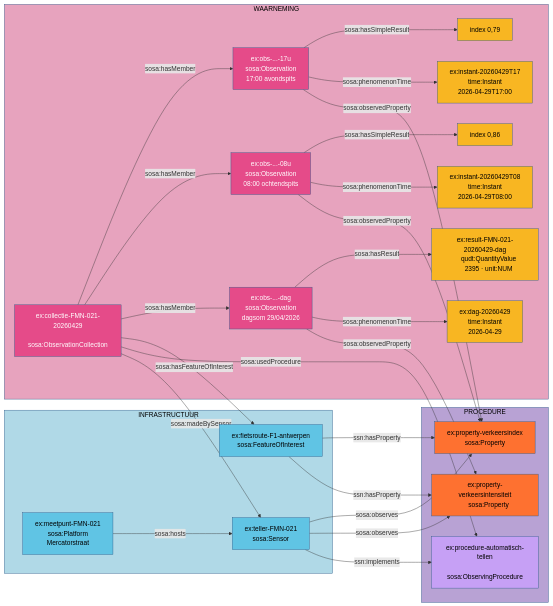
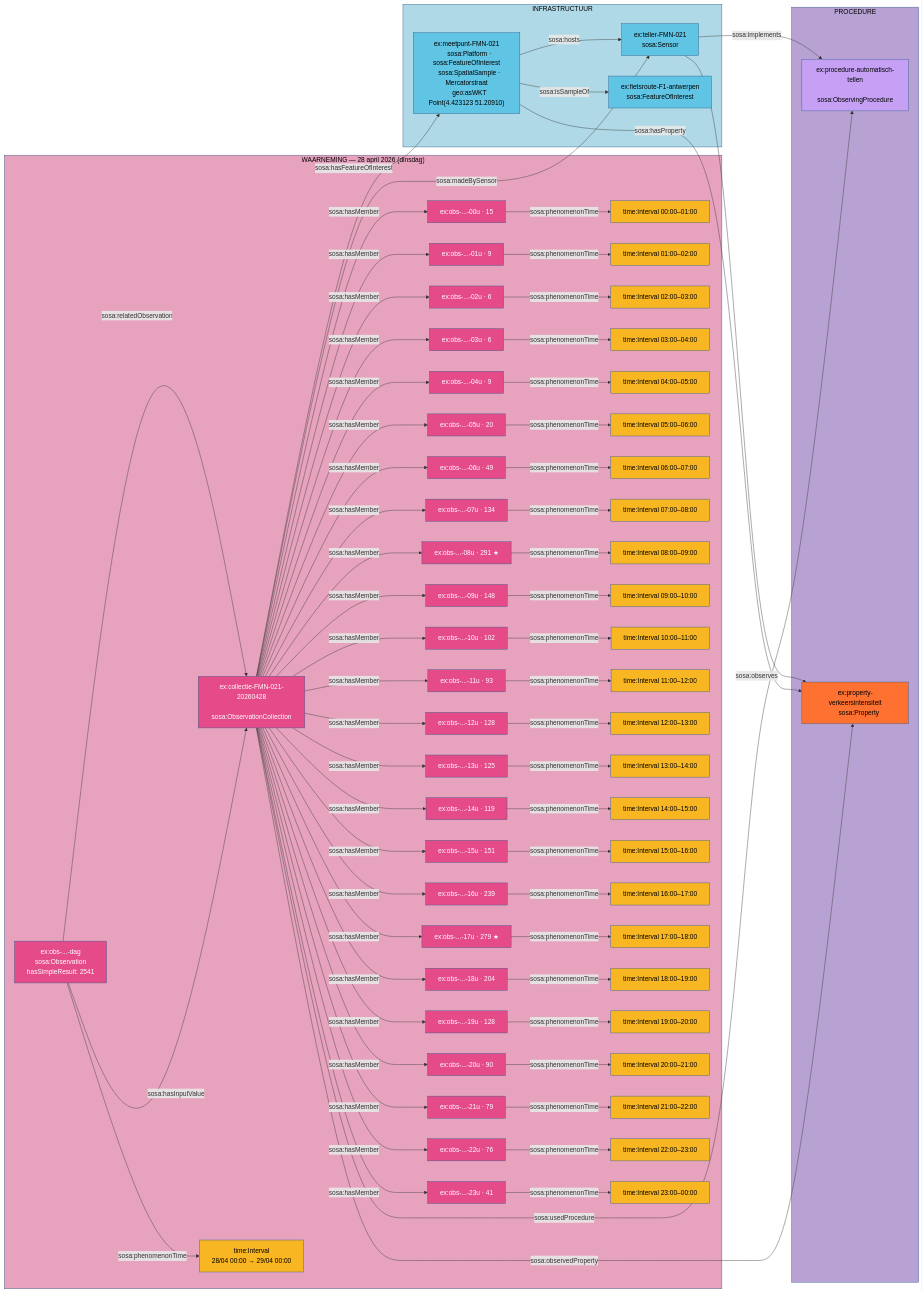
One commit to Informatievlaanderen/OSLOthema-SSNSOSA-VL changed the diagram in src/main/input/verkeersmetingen/verkeersmetingen.mmd. Above: the diagram before and after it, drawn with Mermaid. The commit also changed 3 other files, not shown here.

```diff
--- a/src/main/input/verkeersmetingen/verkeersmetingen.mmd
+++ b/src/main/input/verkeersmetingen/verkeersmetingen.mmd
@@ -5,100 +5,214 @@
     sosa:ObservingProcedure"]
     PA["ex:property-verkeersintensiteit
     sosa:Property"]
-    PB["ex:property-verkeersindex
-    sosa:Property"]
 end
 
 subgraph INFRA["INFRASTRUCTUUR"]
     I1["ex:meetpunt-FMN-021
-    sosa:Platform
-    Mercatorstraat"]
+    sosa:Platform · sosa:FeatureOfInterest
+    sosa:SpatialSample · Mercatorstraat
+    geo:asWKT Point(4.423123 51.20910)"]
     I2["ex:teller-FMN-021
     sosa:Sensor"]
     I3["ex:fietsroute-F1-antwerpen
     sosa:FeatureOfInterest"]
 end
 
-subgraph WAAR["WAARNEMING"]
-    W1["ex:collectie-FMN-021-20260429
+subgraph WAAR["WAARNEMING — 28 april 2026 (dinsdag)"]
+    W1["ex:collectie-FMN-021-20260428
     sosa:ObservationCollection"]
-    W2["ex:obs-...-dag
+
+    WD["ex:obs-...-dag
     sosa:Observation
-    dagsom 29/04/2026"]
-    W3["ex:obs-...-08u
-    sosa:Observation
-    08:00 ochtendspits"]
-    W4["ex:obs-...-17u
-    sosa:Observation
-    17:00 avondspits"]
-    T1["ex:dag-20260429
-    time:Instant
-    2026-04-29"]
-    T2["ex:instant-20260429T08
-    time:Instant
-    2026-04-29T08:00"]
-    T3["ex:instant-20260429T17
-    time:Instant
-    2026-04-29T17:00"]
-    R1["ex:result-FMN-021-20260429-dag
-    qudt:QuantityValue
-    2395 · unit:NUM"]
-    R2["index 0,86"]
-    R3["index 0,79"]
+    hasSimpleResult: 2541"]
+    TD["time:Interval
+    28/04 00:00 → 29/04 00:00"]
+
+    W00["ex:obs-...-00u · 15"]
+    T00["time:Interval 00:00–01:00"]
+    W01["ex:obs-...-01u · 9"]
+    T01["time:Interval 01:00–02:00"]
+    W02["ex:obs-...-02u · 6"]
+    T02["time:Interval 02:00–03:00"]
+    W03["ex:obs-...-03u · 6"]
+    T03["time:Interval 03:00–04:00"]
+    W04["ex:obs-...-04u · 9"]
+    T04["time:Interval 04:00–05:00"]
+    W05["ex:obs-...-05u · 20"]
+    T05["time:Interval 05:00–06:00"]
+    W06["ex:obs-...-06u · 49"]
+    T06["time:Interval 06:00–07:00"]
+    W07["ex:obs-...-07u · 134"]
+    T07["time:Interval 07:00–08:00"]
+    W08["ex:obs-...-08u · 291 ★"]
+    T08["time:Interval 08:00–09:00"]
+    W09["ex:obs-...-09u · 148"]
+    T09["time:Interval 09:00–10:00"]
+    W10["ex:obs-...-10u · 102"]
+    T10["time:Interval 10:00–11:00"]
+    W11["ex:obs-...-11u · 93"]
+    T11["time:Interval 11:00–12:00"]
+    W12["ex:obs-...-12u · 128"]
+    T12["time:Interval 12:00–13:00"]
+    W13["ex:obs-...-13u · 125"]
+    T13["time:Interval 13:00–14:00"]
+    W14["ex:obs-...-14u · 119"]
+    T14["time:Interval 14:00–15:00"]
+    W15["ex:obs-...-15u · 151"]
+    T15["time:Interval 15:00–16:00"]
+    W16["ex:obs-...-16u · 239"]
+    T16["time:Interval 16:00–17:00"]
+    W17["ex:obs-...-17u · 279 ★"]
+    T17["time:Interval 17:00–18:00"]
+    W18["ex:obs-...-18u · 204"]
+    T18["time:Interval 18:00–19:00"]
+    W19["ex:obs-...-19u · 128"]
+    T19["time:Interval 19:00–20:00"]
+    W20["ex:obs-...-20u · 90"]
+    T20["time:Interval 20:00–21:00"]
+    W21["ex:obs-...-21u · 79"]
+    T21["time:Interval 21:00–22:00"]
+    W22["ex:obs-...-22u · 76"]
+    T22["time:Interval 22:00–23:00"]
+    W23["ex:obs-...-23u · 41"]
+    T23["time:Interval 23:00–00:00"]
 end
 
 %% stijlen subgrafen
-style PROC fill:#b8a2d4,stroke:#2E5C8A,color:#000
+style PROC  fill:#b8a2d4,stroke:#2E5C8A,color:#000
 style INFRA fill:#b0d9e7,stroke:#2E5C8A,color:#000
-style WAAR fill:#e7a3be,stroke:#2E5C8A,color:#000
+style WAAR  fill:#e7a3be,stroke:#2E5C8A,color:#000
 
 %% stijlen nodes PROCEDURE
 style P1 fill:#c6a0f5,stroke:#2E5C8A,color:#000
 style PA fill:#fe7130,stroke:#2E5C8A,color:#000
-style PB fill:#fe7130,stroke:#2E5C8A,color:#000
 
 %% stijlen nodes INFRASTRUCTUUR
 style I1 fill:#60c4e4,stroke:#2E5C8A,color:#000
 style I2 fill:#60c4e4,stroke:#2E5C8A,color:#000
 style I3 fill:#60c4e4,stroke:#2E5C8A,color:#000
 
-%% stijlen nodes WAARNEMING
+%% stijlen nodes WAARNEMING — collectie en dagobservatie
 style W1 fill:#e54b89,stroke:#2E5C8A,color:#fff
-style W2 fill:#e54b89,stroke:#2E5C8A,color:#fff
-style W3 fill:#e54b89,stroke:#2E5C8A,color:#fff
-style W4 fill:#e54b89,stroke:#2E5C8A,color:#fff
-style T1 fill:#f8b622,stroke:#2E5C8A,color:#000
-style T2 fill:#f8b622,stroke:#2E5C8A,color:#000
-style T3 fill:#f8b622,stroke:#2E5C8A,color:#000
-style R1 fill:#f8b622,stroke:#2E5C8A,color:#000
-style R2 fill:#f8b622,stroke:#2E5C8A,color:#000
-style R3 fill:#f8b622,stroke:#2E5C8A,color:#000
+style WD fill:#e54b89,stroke:#2E5C8A,color:#fff
+style TD fill:#f8b622,stroke:#2E5C8A,color:#000
+
+%% stijlen nodes WAARNEMING — uurobservaties
+style W00 fill:#e54b89,stroke:#2E5C8A,color:#fff
+style W01 fill:#e54b89,stroke:#2E5C8A,color:#fff
+style W02 fill:#e54b89,stroke:#2E5C8A,color:#fff
+style W03 fill:#e54b89,stroke:#2E5C8A,color:#fff
+style W04 fill:#e54b89,stroke:#2E5C8A,color:#fff
+style W05 fill:#e54b89,stroke:#2E5C8A,color:#fff
+style W06 fill:#e54b89,stroke:#2E5C8A,color:#fff
+style W07 fill:#e54b89,stroke:#2E5C8A,color:#fff
+style W08 fill:#e54b89,stroke:#2E5C8A,color:#fff
+style W09 fill:#e54b89,stroke:#2E5C8A,color:#fff
+style W10 fill:#e54b89,stroke:#2E5C8A,color:#fff
+style W11 fill:#e54b89,stroke:#2E5C8A,color:#fff
+style W12 fill:#e54b89,stroke:#2E5C8A,color:#fff
+style W13 fill:#e54b89,stroke:#2E5C8A,color:#fff
+style W14 fill:#e54b89,stroke:#2E5C8A,color:#fff
+style W15 fill:#e54b89,stroke:#2E5C8A,color:#fff
+style W16 fill:#e54b89,stroke:#2E5C8A,color:#fff
+style W17 fill:#e54b89,stroke:#2E5C8A,color:#fff
+style W18 fill:#e54b89,stroke:#2E5C8A,color:#fff
+style W19 fill:#e54b89,stroke:#2E5C8A,color:#fff
+style W20 fill:#e54b89,stroke:#2E5C8A,color:#fff
+style W21 fill:#e54b89,stroke:#2E5C8A,color:#fff
+style W22 fill:#e54b89,stroke:#2E5C8A,color:#fff
+style W23 fill:#e54b89,stroke:#2E5C8A,color:#fff
+
+%% stijlen nodes WAARNEMING — tijdsintervallen
+style T00 fill:#f8b622,stroke:#2E5C8A,color:#000
+style T01 fill:#f8b622,stroke:#2E5C8A,color:#000
+style T02 fill:#f8b622,stroke:#2E5C8A,color:#000
+style T03 fill:#f8b622,stroke:#2E5C8A,color:#000
+style T04 fill:#f8b622,stroke:#2E5C8A,color:#000
+style T05 fill:#f8b622,stroke:#2E5C8A,color:#000
+style T06 fill:#f8b622,stroke:#2E5C8A,color:#000
+style T07 fill:#f8b622,stroke:#2E5C8A,color:#000
+style T08 fill:#f8b622,stroke:#2E5C8A,color:#000
+style T09 fill:#f8b622,stroke:#2E5C8A,color:#000
+style T10 fill:#f8b622,stroke:#2E5C8A,color:#000
+style T11 fill:#f8b622,stroke:#2E5C8A,color:#000
+style T12 fill:#f8b622,stroke:#2E5C8A,color:#000
+style T13 fill:#f8b622,stroke:#2E5C8A,color:#000
+style T14 fill:#f8b622,stroke:#2E5C8A,color:#000
+style T15 fill:#f8b622,stroke:#2E5C8A,color:#000
+style T16 fill:#f8b622,stroke:#2E5C8A,color:#000
+style T17 fill:#f8b622,stroke:#2E5C8A,color:#000
+style T18 fill:#f8b622,stroke:#2E5C8A,color:#000
+style T19 fill:#f8b622,stroke:#2E5C8A,color:#000
+style T20 fill:#f8b622,stroke:#2E5C8A,color:#000
+style T21 fill:#f8b622,stroke:#2E5C8A,color:#000
+style T22 fill:#f8b622,stroke:#2E5C8A,color:#000
+style T23 fill:#f8b622,stroke:#2E5C8A,color:#000
 
 %% relaties — infrastructuur
 I1 -->|sosa:hosts| I2
-I2 -->|ssn:implements| P1
+I1 -->|sosa:isSampleOf| I3
+I2 -->|sosa:implements| P1
 I2 -->|sosa:observes| PA
-I2 -->|sosa:observes| PB
-I3 -->|ssn:hasProperty| PA
-I3 -->|ssn:hasProperty| PB
+I1 -->|sosa:hasProperty| PA
 
-%% relaties — collectie naar infrastructuur
+%% relaties — collectie (gedeelde metadata op collectieniveau)
 W1 -->|sosa:madeBySensor| I2
 W1 -->|sosa:usedProcedure| P1
-W1 -->|sosa:hasFeatureOfInterest| I3
-W1 -->|sosa:hasMember| W2
-W1 -->|sosa:hasMember| W3
-W1 -->|sosa:hasMember| W4
+W1 -->|sosa:hasFeatureOfInterest| I1
+W1 -->|sosa:observedProperty| PA
+W1 -->|sosa:hasMember| W00
+W1 -->|sosa:hasMember| W01
+W1 -->|sosa:hasMember| W02
+W1 -->|sosa:hasMember| W03
+W1 -->|sosa:hasMember| W04
+W1 -->|sosa:hasMember| W05
+W1 -->|sosa:hasMember| W06
+W1 -->|sosa:hasMember| W07
+W1 -->|sosa:hasMember| W08
+W1 -->|sosa:hasMember| W09
+W1 -->|sosa:hasMember| W10
+W1 -->|sosa:hasMember| W11
+W1 -->|sosa:hasMember| W12
+W1 -->|sosa:hasMember| W13
+W1 -->|sosa:hasMember| W14
+W1 -->|sosa:hasMember| W15
+W1 -->|sosa:hasMember| W16
+W1 -->|sosa:hasMember| W17
+W1 -->|sosa:hasMember| W18
+W1 -->|sosa:hasMember| W19
+W1 -->|sosa:hasMember| W20
+W1 -->|sosa:hasMember| W21
+W1 -->|sosa:hasMember| W22
+W1 -->|sosa:hasMember| W23
 
-%% relaties — observaties
-W2 -->|sosa:observedProperty| PA
-W2 -->|sosa:phenomenonTime| T1
-W2 -->|sosa:hasResult| R1
+%% dagobservatie — afgeleid van de uurcollectie
+WD -->|sosa:relatedObservation| W1
+WD -->|sosa:hasInputValue| W1
 
-W3 -->|sosa:observedProperty| PB
-W3 -->|sosa:phenomenonTime| T2
-W3 -->|sosa:hasSimpleResult| R2
-
-W4 -->|sosa:observedProperty| PB
-W4 -->|sosa:phenomenonTime| T3
-W4 -->|sosa:hasSimpleResult| R3
+%% relaties — observaties → tijdstippen
+WD  -->|sosa:phenomenonTime| TD
+W00 -->|sosa:phenomenonTime| T00
+W01 -->|sosa:phenomenonTime| T01
+W02 -->|sosa:phenomenonTime| T02
+W03 -->|sosa:phenomenonTime| T03
+W04 -->|sosa:phenomenonTime| T04
+W05 -->|sosa:phenomenonTime| T05
+W06 -->|sosa:phenomenonTime| T06
+W07 -->|sosa:phenomenonTime| T07
+W08 -->|sosa:phenomenonTime| T08
+W09 -->|sosa:phenomenonTime| T09
+W10 -->|sosa:phenomenonTime| T10
+W11 -->|sosa:phenomenonTime| T11
+W12 -->|sosa:phenomenonTime| T12
+W13 -->|sosa:phenomenonTime| T13
+W14 -->|sosa:phenomenonTime| T14
+W15 -->|sosa:phenomenonTime| T15
+W16 -->|sosa:phenomenonTime| T16
+W17 -->|sosa:phenomenonTime| T17
+W18 -->|sosa:phenomenonTime| T18
+W19 -->|sosa:phenomenonTime| T19
+W20 -->|sosa:phenomenonTime| T20
+W21 -->|sosa:phenomenonTime| T21
+W22 -->|sosa:phenomenonTime| T22
+W23 -->|sosa:phenomenonTime| T23
```
